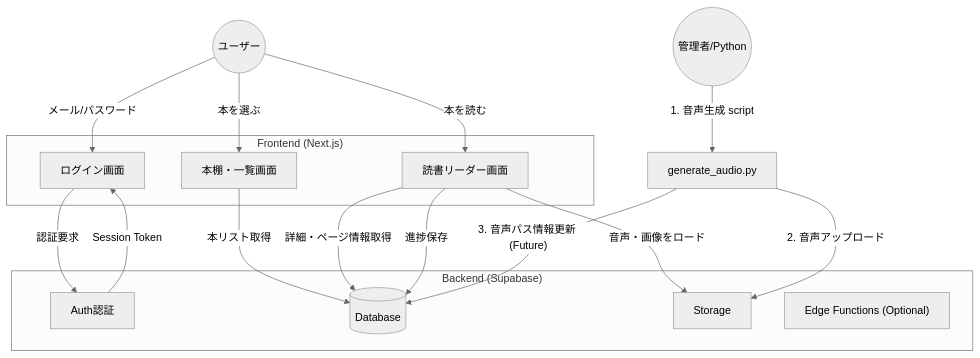
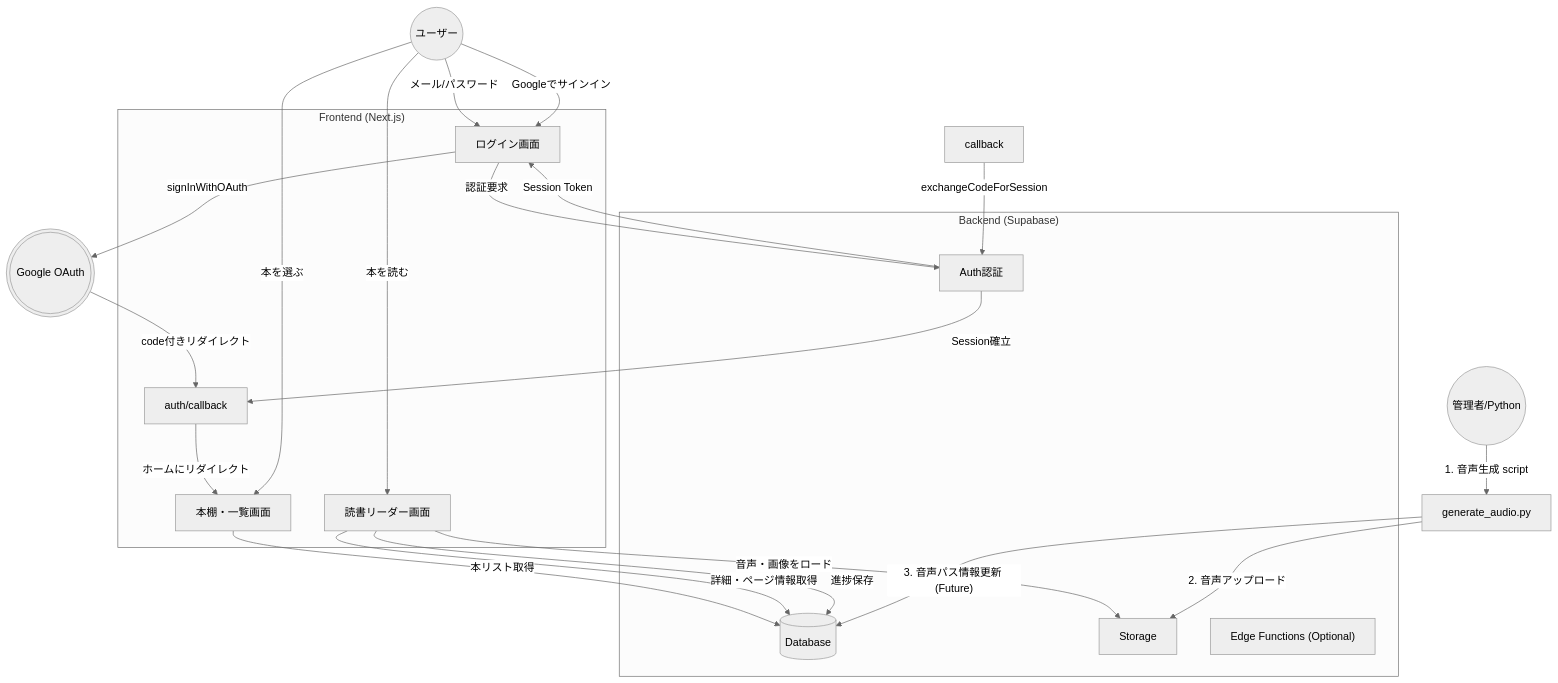
The diagram in docs/DFD.md (sakuran00/storybook-reader), drawn with Mermaid (neutral theme) before and after one commit. The commit also changed 13 other files, not shown here.

````diff
--- a/docs/DFD.md
+++ b/docs/DFD.md
@@ -1,35 +1,45 @@
 ```mermaid
 flowchart TD
     User((ユーザー))
     Admin(("管理者/Python"))
-    
+    Google((("Google OAuth")))
+
     subgraph Frontend ["Frontend (Next.js)"]
         LoginUI[ログイン画面]
         LibraryUI[本棚・一覧画面]
         ReaderUI[読書リーダー画面]
+        Callback[auth/callback]
     end
 
     subgraph Backend ["Backend (Supabase)"]
         Auth[Auth認証]
         DB[(Database)]
         Storage[Storage]
         EdgeFunc["Edge Functions (Optional)"]
     end
 
     User -->|メール/パスワード| LoginUI
     LoginUI -->|認証要求| Auth
     Auth -->|Session Token| LoginUI
+
+    User -->|Googleでサインイン| LoginUI
+    LoginUI -->|signInWithOAuth| Google
+    Google -->|code付きリダイレクト| Callback
+    callback -->|exchangeCodeForSession| Auth
+    Auth -->|Session確立| Callback
+    Callback -->|ホームにリダイレクト| LibraryUI
+
     
     User -->|本を選ぶ| LibraryUI
     LibraryUI -->|本リスト取得| DB
     
     User -->|本を読む| ReaderUI
     ReaderUI -->|詳細・ページ情報取得| DB
     ReaderUI -->|進捗保存| DB
     
     ReaderUI -->|音声・画像をロード| Storage
     
     Admin -->|1. 音声生成 script| PythonScript[generate_audio.py]
     PythonScript -->|2. 音声アップロード| Storage
     PythonScript -->|"3. 音声パス情報更新 (Future)"| DB
 ```
````
